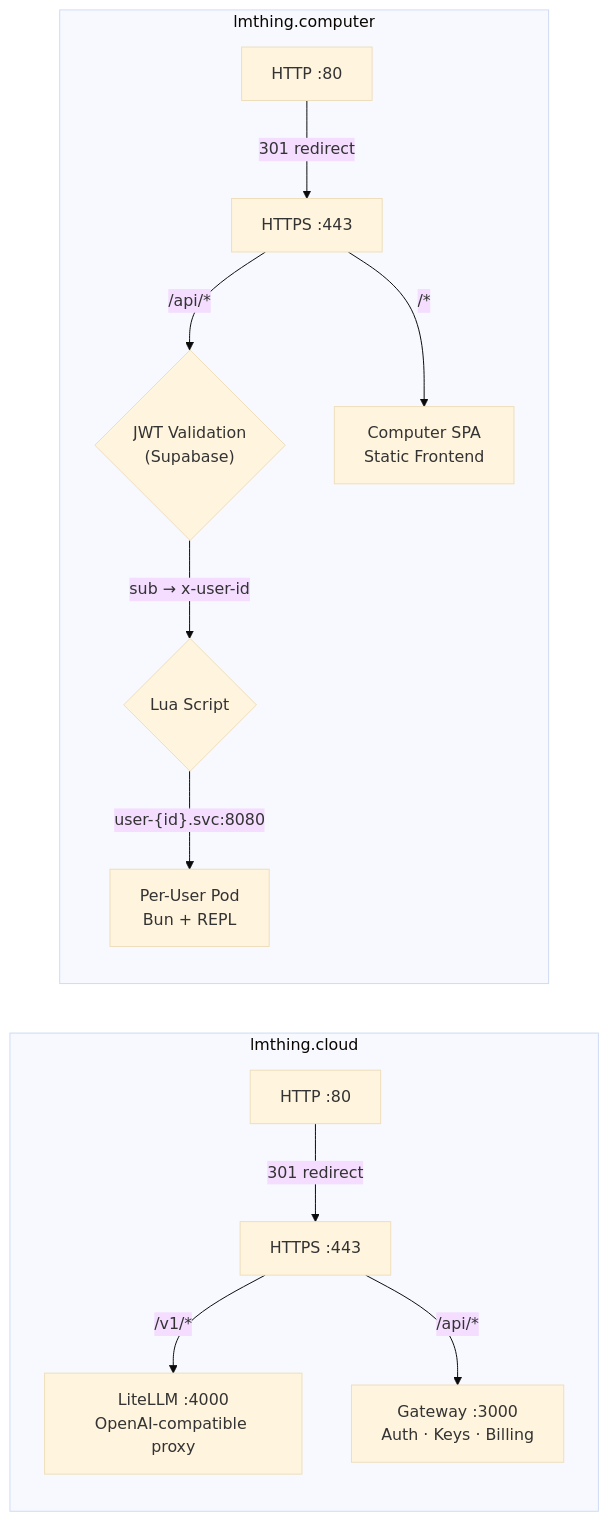
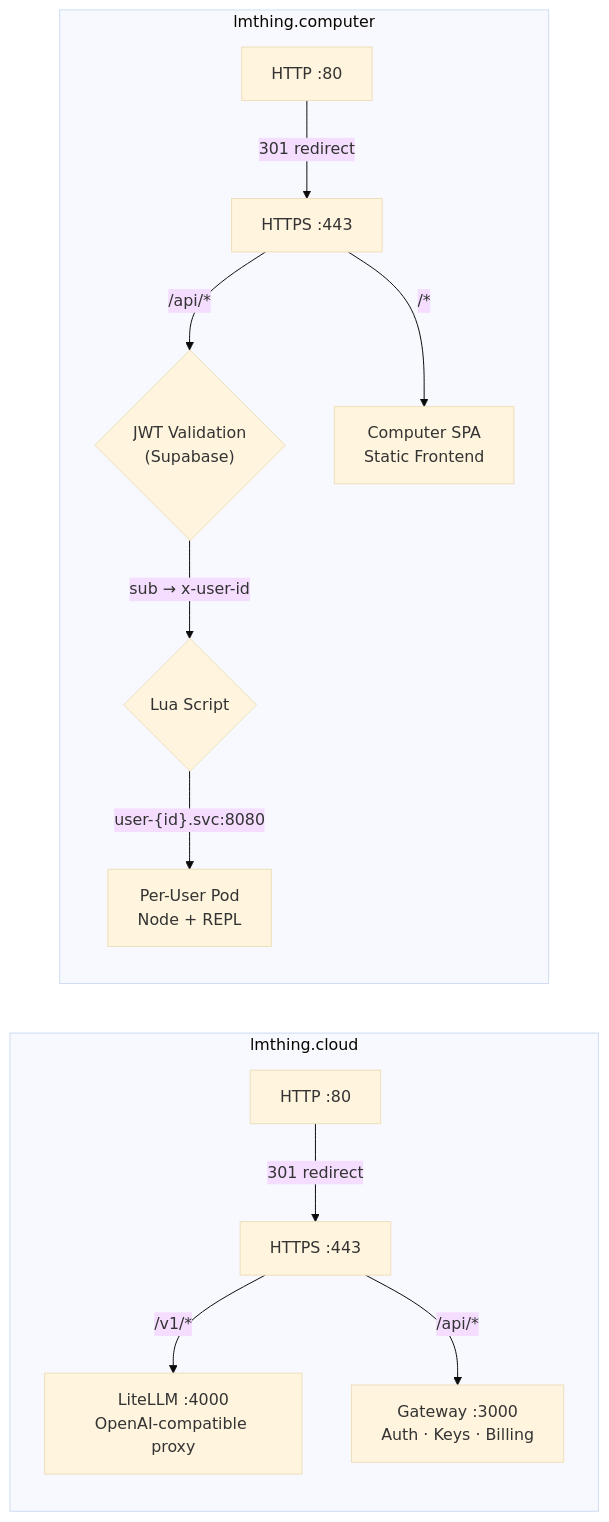
Before and after one commit to lmthing/lmthing: the third of 7 diagrams in devops/README.md, drawn with Mermaid (base theme). The commit also changed other lines of this file and 16 other files, not shown here.

````diff
--- a/devops/README.md
+++ b/devops/README.md
@@ -100,18 +100,18 @@
 ```mermaid
 graph LR
     subgraph CloudDomain["lmthing.cloud"]
         direction TB
         C80["HTTP :80"] -->|301 redirect| C443["HTTPS :443"]
         C443 -->|"/v1/*"| LiteLLM["LiteLLM :4000<br/>OpenAI-compatible proxy"]
         C443 -->|"/api/*"| GW["Gateway :3000<br/>Auth · Keys · Billing"]
     end
 
     subgraph ComputerDomain["lmthing.computer"]
         direction TB
         D80["HTTP :80"] -->|301 redirect| D443["HTTPS :443"]
         D443 -->|"/api/*"| JWT{"JWT Validation<br/>(Supabase)"}
         JWT -->|"sub → x-user-id"| Lua{"Lua Script"}
-        Lua -->|"user-{id}.svc:8080"| UserPod["Per-User Pod<br/>Bun + REPL"]
+        Lua -->|"user-{id}.svc:8080"| UserPod["Per-User Pod<br/>Node + REPL"]
         D443 -->|"/*"| SPA["Computer SPA<br/>Static Frontend"]
     end
 ```
````
